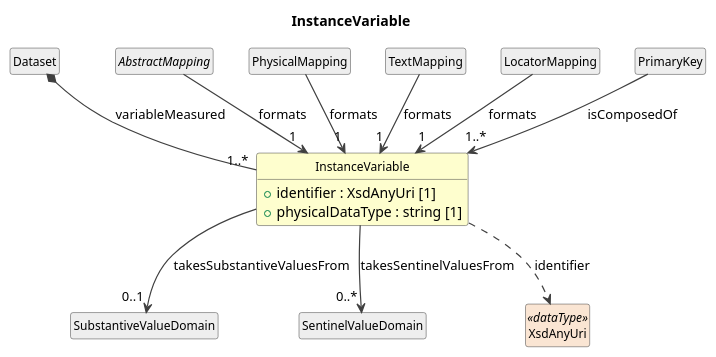
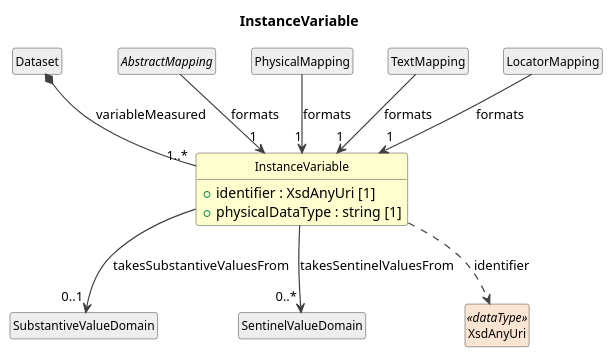
One commit to Cross-Domain-Interoperability-Framework/metadataBuildingBlocks changed the diagram in cdif-uml-model/_plantuml/dataDescriptionWithStructure/Classes/InstanceVariable.pu. Above: the diagram before and after it, drawn with PlantUML. The commit also changed 253 other files, not shown here.

First line of the commit message:
cdifDataStructure: schema refinement + regenerated diagrams

```diff
--- a/cdif-uml-model/_plantuml/dataDescriptionWithStructure/Classes/InstanceVariable.pu
+++ b/cdif-uml-model/_plantuml/dataDescriptionWithStructure/Classes/InstanceVariable.pu
@@ -1,36 +1,34 @@
 @startuml
 title InstanceVariable
 hide circle
 hide empty members
 skinparam shadowing false
 skinparam ArrowThickness 1.2
 skinparam class {
   ArrowColor #404040
   BorderColor #404040
   FontSize 12
 }
 
 class "InstanceVariable" as InstanceVariable #FEFECE {
   +identifier : XsdAnyUri [1]
   +physicalDataType : string [1]
 }
 class "Dataset" as Dataset #EEEEEE
 Dataset *-- "1..*" InstanceVariable : variableMeasured
 class "SubstantiveValueDomain" as SubstantiveValueDomain #EEEEEE
 InstanceVariable --> "0..1" SubstantiveValueDomain : takesSubstantiveValuesFrom
 class "SentinelValueDomain" as SentinelValueDomain #EEEEEE
 InstanceVariable --> "0..*" SentinelValueDomain : takesSentinelValuesFrom
 abstract class "AbstractMapping" as AbstractMapping #EEEEEE
 AbstractMapping --> "1" InstanceVariable : formats
 class "PhysicalMapping" as PhysicalMapping #EEEEEE
 PhysicalMapping --> "1" InstanceVariable : formats
 class "TextMapping" as TextMapping #EEEEEE
 TextMapping --> "1" InstanceVariable : formats
 class "LocatorMapping" as LocatorMapping #EEEEEE
 LocatorMapping --> "1" InstanceVariable : formats
-class "PrimaryKey" as PrimaryKey #EEEEEE
-PrimaryKey --> "1..*" InstanceVariable : isComposedOf
 class "XsdAnyUri" as XsdAnyUri <<dataType>> #FAE5D3
 InstanceVariable ..> XsdAnyUri : identifier
 
 @enduml
```
